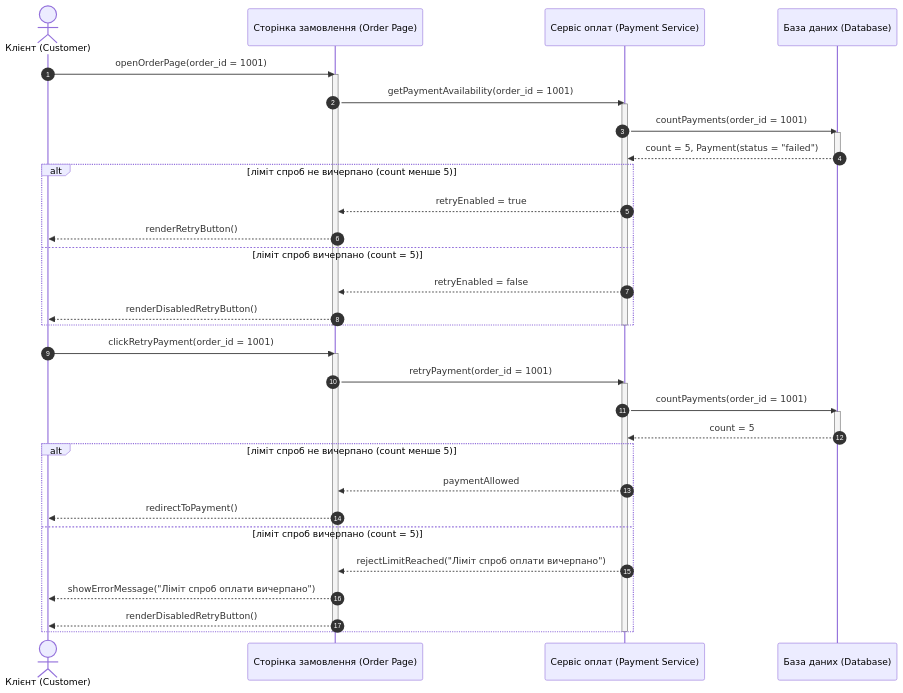
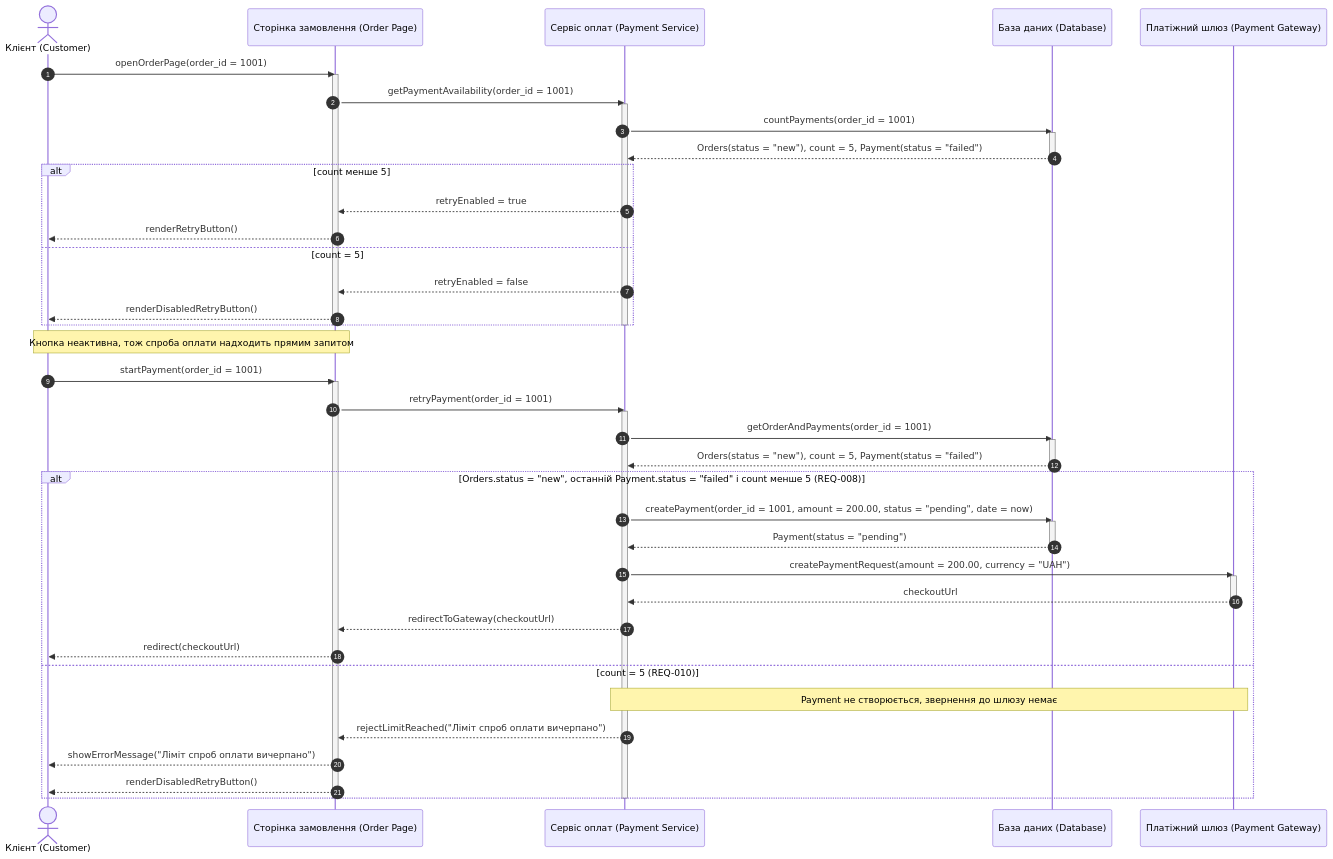
One commit to hutnichs/KPI_MAVPZ changed the fourth of 15 diagrams in Lab3/diagram.md. Above: the diagram before and after it, drawn with Mermaid. The commit also changed other lines of this file and 1 other file, not shown here.

Commit message:
Updated payment callback, error messages and prompt added

````diff
--- a/Lab3/diagram.md
+++ b/Lab3/diagram.md
@@ -156,45 +177,56 @@
 ```mermaid
 sequenceDiagram
     autonumber
     actor Customer as Клієнт (Customer)
     participant Page as Сторінка замовлення (Order Page)
     participant PS as Сервіс оплат (Payment Service)
     participant DB as База даних (Database)
+    participant PGW as Платіжний шлюз (Payment Gateway)
 
     Customer->>Page: openOrderPage(order_id = 1001)
     activate Page
     Page->>PS: getPaymentAvailability(order_id = 1001)
     activate PS
     PS->>DB: countPayments(order_id = 1001)
     activate DB
-    DB-->>PS: count = 5, Payment(status = "failed")
+    DB-->>PS: Orders(status = "new"), count = 5, Payment(status = "failed")
     deactivate DB
-    alt ліміт спроб не вичерпано (count менше 5)
+    alt count менше 5
         PS-->>Page: retryEnabled = true
         Page-->>Customer: renderRetryButton()
-    else ліміт спроб вичерпано (count = 5)
+    else count = 5
         PS-->>Page: retryEnabled = false
         Page-->>Customer: renderDisabledRetryButton()
     end
     deactivate PS
     deactivate Page
 
-    Customer->>Page: clickRetryPayment(order_id = 1001)
+    Note over Customer,Page: Кнопка неактивна, тож спроба оплати надходить прямим запитом
+    Customer->>Page: startPayment(order_id = 1001)
     activate Page
     Page->>PS: retryPayment(order_id = 1001)
     activate PS
-    PS->>DB: countPayments(order_id = 1001)
+    PS->>DB: getOrderAndPayments(order_id = 1001)
     activate DB
-    DB-->>PS: count = 5
+    DB-->>PS: Orders(status = "new"), count = 5, Payment(status = "failed")
     deactivate DB
-    alt ліміт спроб не вичерпано (count менше 5)
-        PS-->>Page: paymentAllowed
-        Page-->>Customer: redirectToPayment()
-    else ліміт спроб вичерпано (count = 5)
+    alt Orders.status = "new", останній Payment.status = "failed" і count менше 5 (REQ-008)
+        PS->>DB: createPayment(order_id = 1001, amount = 200.00, status = "pending", date = now)
+        activate DB
+        DB-->>PS: Payment(status = "pending")
+        deactivate DB
+        PS->>PGW: createPaymentRequest(amount = 200.00, currency = "UAH")
+        activate PGW
+        PGW-->>PS: checkoutUrl
+        deactivate PGW
+        PS-->>Page: redirectToGateway(checkoutUrl)
+        Page-->>Customer: redirect(checkoutUrl)
+    else count = 5 (REQ-010)
+        Note over PS,PGW: Payment не створюється, звернення до шлюзу немає
         PS-->>Page: rejectLimitReached("Ліміт спроб оплати вичерпано")
         Page-->>Customer: showErrorMessage("Ліміт спроб оплати вичерпано")
         Page-->>Customer: renderDisabledRetryButton()
     end
     deactivate PS
     deactivate Page
 ```
````
